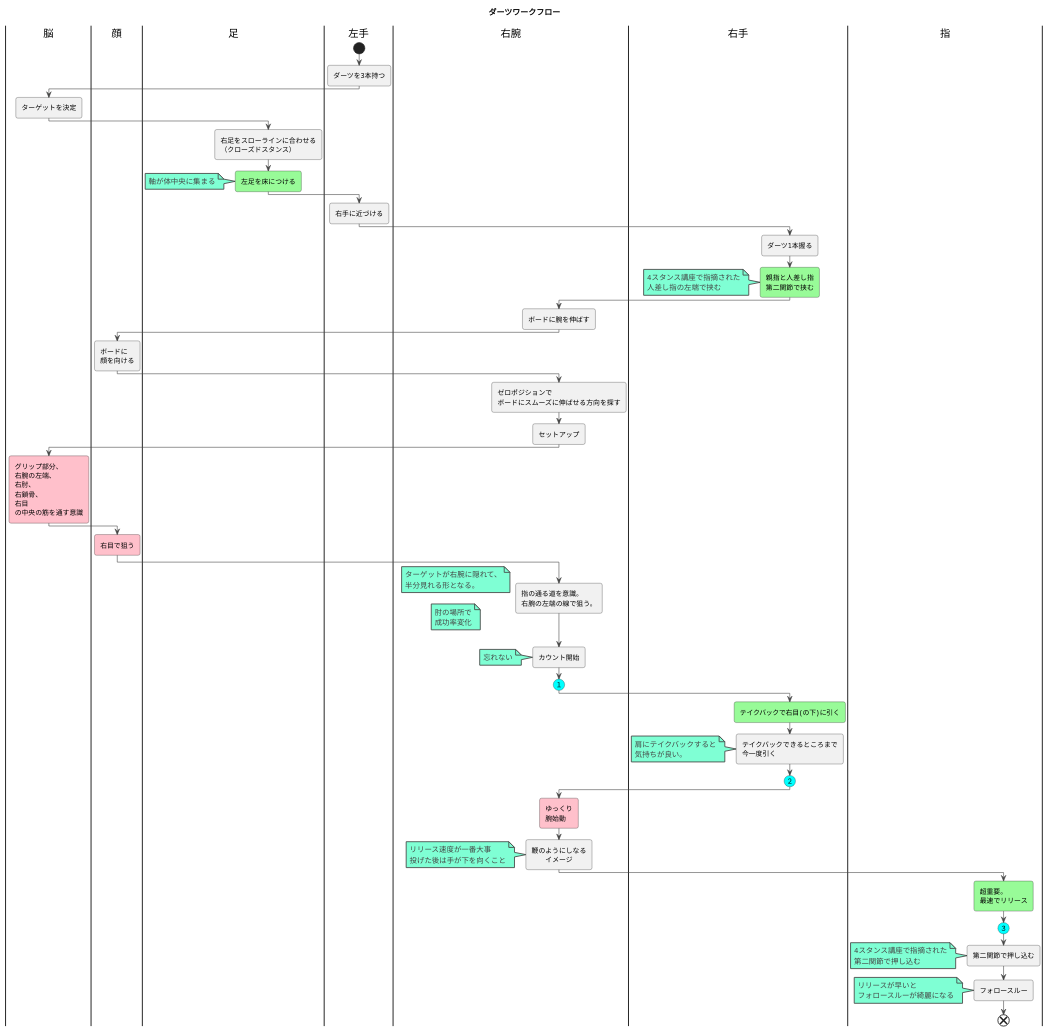
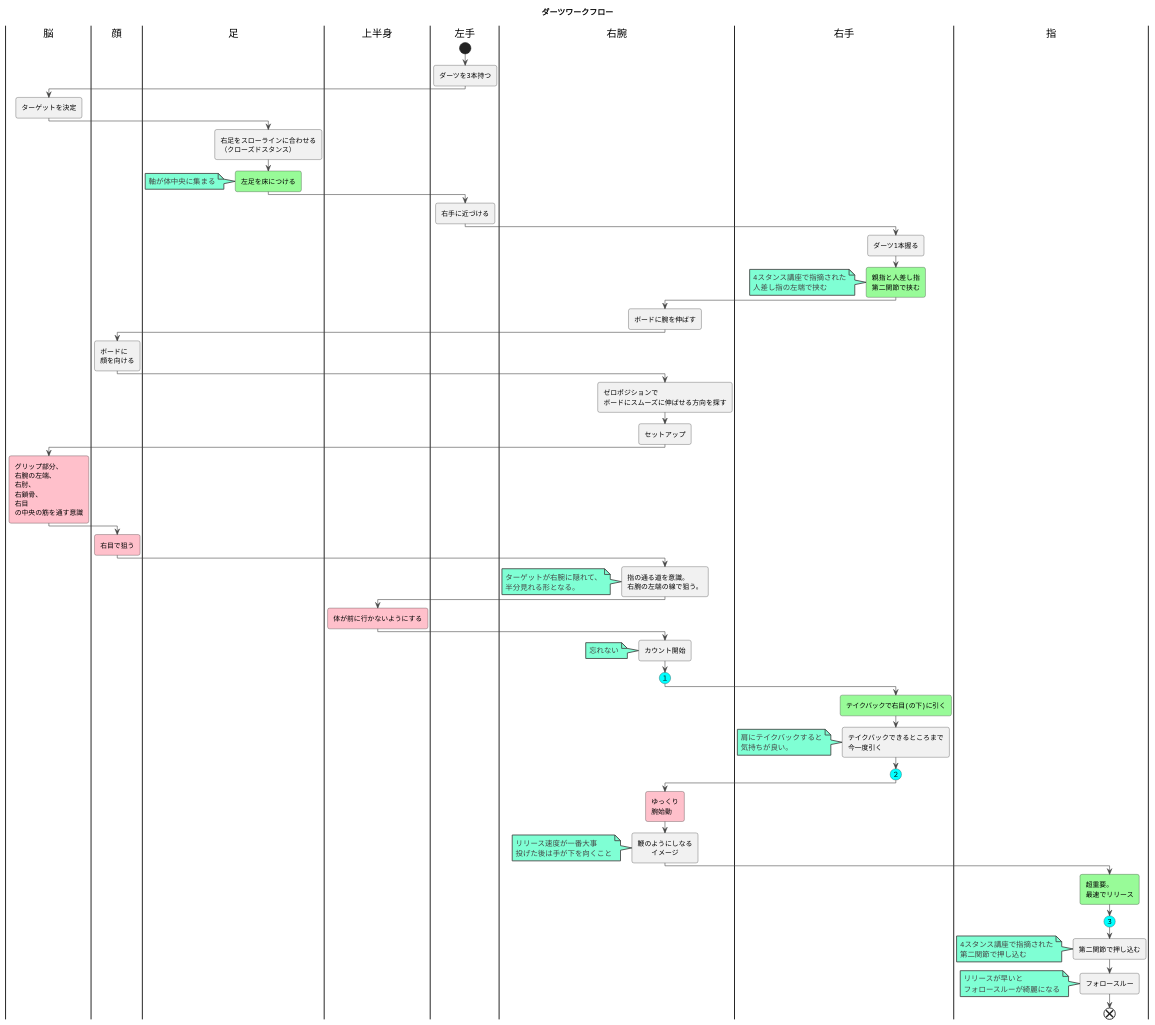
The diagram in dartsFlow.plantuml (darts-cloud/dartsFlow), drawn with PlantUML before and after one commit.

```diff
--- a/dartsFlow.plantuml
+++ b/dartsFlow.plantuml
@@ -1,140 +1,139 @@
 @startuml
 title ダーツワークフロー
 
 
 
 !theme vibrant
 
 |脳|
 |顔|
 |足|
+|上半身|
 |左手|
 |右腕|
 |左手|
 start
 :ダーツを3本持つ;
 |脳|
 :ターゲットを決定;
 |足|
 :右足をスローラインに合わせる
 （クローズドスタンス）;
 #palegreen:左足を床につける;
 note
   軸が体中央に集まる
 end note
 /'
 ################
 ##pink:左足を右足よりも
 #後ろに下げる;
 ################
 '/
 
 |左手|
 :右手に近づける;
 |右手|
 :ダーツ1本握る;
 #palegreen:親指と人差し指
 第二関節で挟む;
 note
   4スタンス講座で指摘された
   人差し指の左端で挟む
 end note
 
 |右腕|
 :ボードに腕を伸ばす;
 
 |顔|
 :ボードに
 顔を向ける;
 |右腕|
 :ゼロポジションで
 ボードにスムーズに伸ばせる方向を探す;
 :セットアップ;
 |脳|
 #pink:グリップ部分、
 右腕の左端、
 右肘、
 右鎖骨、
 右目
 の中央の筋を通す意識;
 |顔|
 #pink:右目で狙う;
 |右腕|
 :指の通る道を意識。
 右腕の左端の線で狙う。;
 note
 ターゲットが右腕に隠れて、
 半分見れる形となる。
 end note
 
-note
-肘の場所で
-成功率変化
-end note
+|上半身|
+#pink:体が前に行かないようにする;
 
 |右腕|
 :カウント開始;
 
 note
     忘れない
 end note
 
 
 #Aqua:(１)
 
 |右手|
 
 #palegreen:テイクバックで右目(の下)に引く;
 
 :テイクバックできるところまで
 今一度引く;
 
 note
     肩にテイクバックすると
     気持ちが良い。
 end note
 
 #Aqua:(２)
 
 /'
 #pink:肘固定意識;
 note
     固定が甘い
     →飛ばない
 end note
 #pink:肘の裏側意識;
 note
     指の道が
     肘の左側
 end note
 '/
 
 |右腕|
 #pink:ゆっくり
 腕始動;
 :鞭のようにしなる
 　　イメージ;
 note
   リリース速度が一番大事
   投げた後は手が下を向くこと
 end note
 |指|
 #palegreen:超重要。
 最速でリリース;
 
 #Aqua:(３)
 
 :第二関節で押し込む;
 note
   4スタンス講座で指摘された
   第二関節で押し込む
 end note
 
 :フォロースルー;
 note
   リリースが早いと
   フォロースルーが綺麗になる
 end note
 
 end
 @enduml
```
